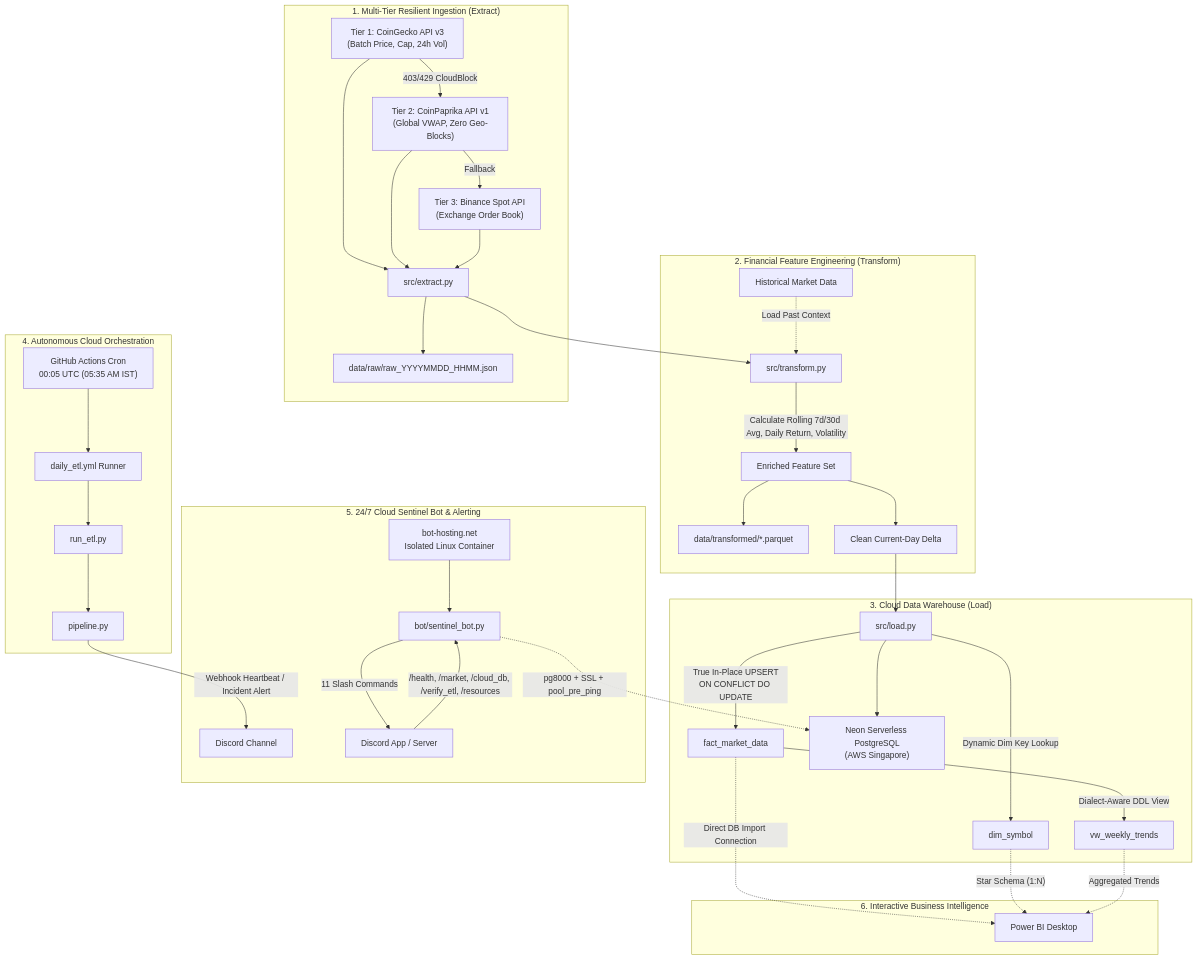
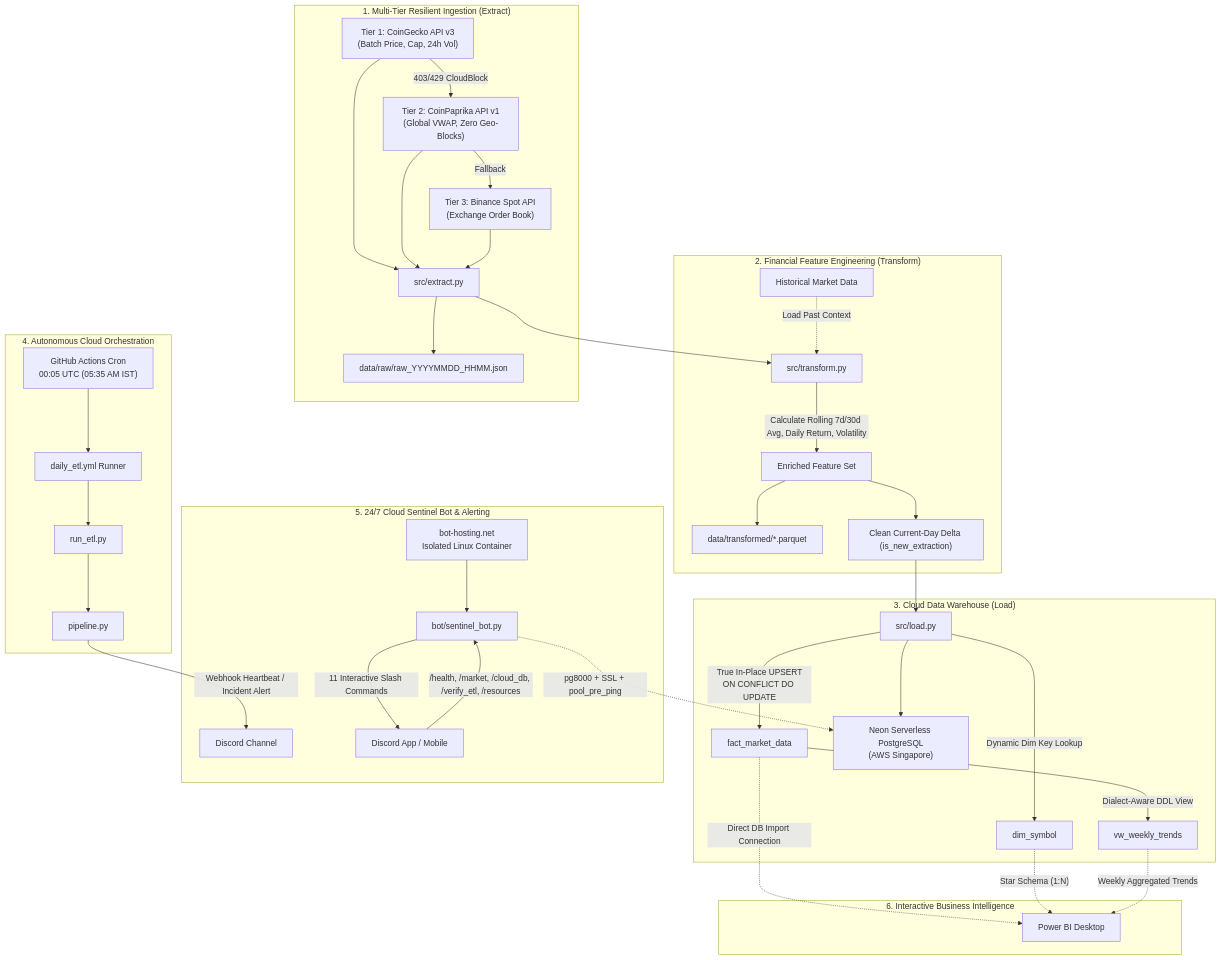
Before and after one commit to HarshaNaik8/crypto-data-pipeline: the first of 2 diagrams in README.md, drawn with Mermaid. The commit also changed other lines of this file and 4 other files, not shown here.

````diff
--- a/README.md
+++ b/README.md
@@ -20,47 +20,47 @@
 ```mermaid
 flowchart TD
     subgraph Ingestion ["1. Multi-Tier Resilient Ingestion (Extract)"]
         CG["Tier 1: CoinGecko API v3<br/>(Batch Price, Cap, 24h Vol)"] -->|403/429 CloudBlock| CP["Tier 2: CoinPaprika API v1<br/>(Global VWAP, Zero Geo-Blocks)"]
         CP -->|Fallback| BN["Tier 3: Binance Spot API<br/>(Exchange Order Book)"]
-        CG --> EXT[src/extract.py]
+        CG --> EXT["src/extract.py"]
         CP --> EXT
         BN --> EXT
         EXT --> RAW["data/raw/raw_YYYYMMDD_HHMM.json"]
     end
 
     subgraph Transformation ["2. Financial Feature Engineering (Transform)"]
-        EXT --> TRF[src/transform.py]
+        EXT --> TRF["src/transform.py"]
         DB_HIST["Historical Market Data"] -.->|Load Past Context| TRF
-        TRF -->|"Calculate Rolling 7d/30d Avg, Daily Return, Volatility"| ENR[Enriched Feature Set]
+        TRF -->|"Calculate Rolling 7d/30d Avg, Daily Return, Volatility"| ENR["Enriched Feature Set"]
         ENR --> PRQ["data/transformed/*.parquet"]
-        ENR --> LOAD_READY[Clean Current-Day Delta]
+        ENR --> LOAD_READY["Clean Current-Day Delta (is_new_extraction)"]
     end
 
     subgraph Storage ["3. Cloud Data Warehouse (Load)"]
-        LOAD_READY --> LOAD[src/load.py]
+        LOAD_READY --> LOAD["src/load.py"]
         LOAD -->|"Dynamic Dim Key Lookup"| DIM["dim_symbol"]
         LOAD -->|"True In-Place UPSERT<br/>ON CONFLICT DO UPDATE"| FACT["fact_market_data"]
         FACT -->|"Dialect-Aware DDL View"| VIEW["vw_weekly_trends"]
         LOAD --> NEON["Neon Serverless PostgreSQL<br/>(AWS Singapore)"]
     end
 
     subgraph Orchestration ["4. Autonomous Cloud Orchestration"]
-        CRON["GitHub Actions Cron<br/>00:05 UTC (05:35 AM IST)"] --> GHA[daily_etl.yml Runner]
-        GHA --> RUN_ETL[run_etl.py]
-        RUN_ETL --> PIPE[pipeline.py]
+        CRON["GitHub Actions Cron<br/>00:05 UTC (05:35 AM IST)"] --> GHA["daily_etl.yml Runner"]
+        GHA --> RUN_ETL["run_etl.py"]
+        RUN_ETL --> PIPE["pipeline.py"]
     end
 
     subgraph Observability ["5. 24/7 Cloud Sentinel Bot & Alerting"]
-        PIPE -->|Webhook Heartbeat / Incident Alert| HOOK[Discord Channel]
-        BOT_HOST["bot-hosting.net<br/>Isolated Linux Container"] --> BOT[bot/sentinel_bot.py]
-        BOT -->|"11 Slash Commands"| DISCORD[Discord App / Server]
+        PIPE -->|Webhook Heartbeat / Incident Alert| HOOK["Discord Channel"]
+        BOT_HOST["bot-hosting.net<br/>Isolated Linux Container"] --> BOT["bot/sentinel_bot.py"]
+        BOT -->|"11 Interactive Slash Commands"| DISCORD["Discord App / Mobile"]
         DISCORD -->|"/health, /market, /cloud_db, /verify_etl, /resources"| BOT
         BOT -.->|"pg8000 + SSL + pool_pre_ping"| NEON
     end
 
     subgraph BI ["6. Interactive Business Intelligence"]
         FACT -.->|"Direct DB Import Connection"| PBI["Power BI Desktop"]
         DIM -.->|"Star Schema (1:N)"| PBI
-        VIEW -.->|"Aggregated Trends"| PBI
+        VIEW -.->|"Weekly Aggregated Trends"| PBI
     end
 ```
````
